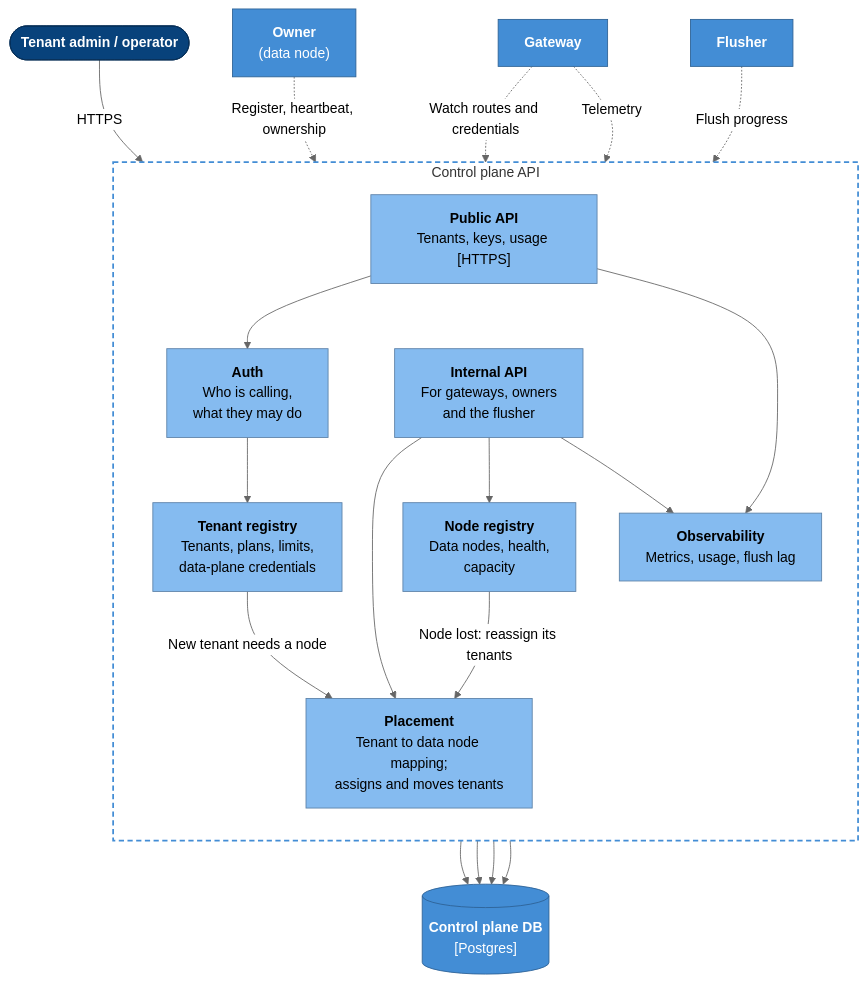
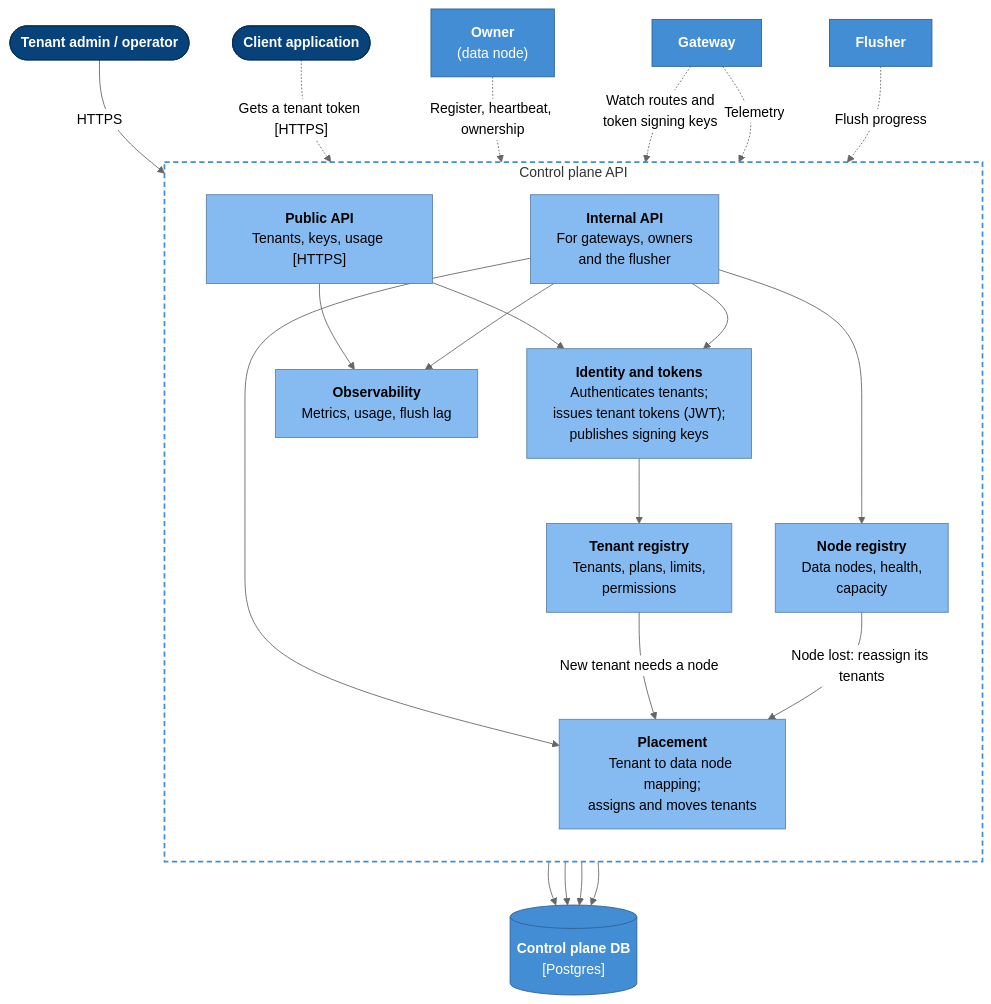
The diagram in docs/diagrams/06-components-control-plane.md (nickstrad/strata), drawn with Mermaid (neutral theme) before and after one commit. The commit also changed other lines of this file and 5 other files, not shown here.

First line of the commit message:
Diagrams: gateway checks a tenant token; control plane owns auth

````diff
--- a/docs/diagrams/06-components-control-plane.md
+++ b/docs/diagrams/06-components-control-plane.md
@@ -5,49 +5,52 @@
 ```mermaid
 flowchart TB
     admin(["<b>Tenant admin / operator</b>"])
+    client(["<b>Client application</b>"])
     gw["<b>Gateway</b>"]
     owner["<b>Owner</b><br/>(data node)"]
     flusher["<b>Flusher</b>"]
 
     subgraph cp["Control plane API"]
         direction TB
         pub["<b>Public API</b><br/>Tenants, keys, usage [HTTPS]"]
         internal["<b>Internal API</b><br/>For gateways, owners<br/>and the flusher"]
-        authn["<b>Auth</b><br/>Who is calling,<br/>what they may do"]
-        tenants["<b>Tenant registry</b><br/>Tenants, plans, limits,<br/>data-plane credentials"]
+        authn["<b>Identity and tokens</b><br/>Authenticates tenants;<br/>issues tenant tokens (JWT);<br/>publishes signing keys"]
+        tenants["<b>Tenant registry</b><br/>Tenants, plans, limits,<br/>permissions"]
         nodes["<b>Node registry</b><br/>Data nodes, health,<br/>capacity"]
         place["<b>Placement</b><br/>Tenant to data node mapping;<br/>assigns and moves tenants"]
         obs["<b>Observability</b><br/>Metrics, usage, flush lag"]
     end
 
     pg[("<b>Control plane DB</b><br/>[Postgres]")]
 
     admin -- "HTTPS" --> pub
+    client -. "Gets a tenant token [HTTPS]" .-> pub
     pub --> authn
     authn --> tenants
     pub --> obs
 
-    gw -. "Watch routes and credentials" .-> internal
+    gw -. "Watch routes and<br/>token signing keys" .-> internal
+    internal --> authn
     owner -. "Register, heartbeat, ownership" .-> internal
     flusher -. "Flush progress" .-> internal
     gw -. "Telemetry" .-> internal
 
     internal --> place
     internal --> nodes
     internal --> obs
     tenants -- "New tenant needs a node" --> place
     nodes -- "Node lost: reassign its tenants" --> place
 
     tenants --> pg
     nodes --> pg
     place --> pg
     obs --> pg
 
     classDef person fill:#08427b,stroke:#052e56,color:#ffffff
     classDef component fill:#85bbf0,stroke:#5d82a8,color:#000000
     classDef container fill:#438dd5,stroke:#2e6295,color:#ffffff
-    class admin person
+    class admin,client person
     class pub,internal,authn,tenants,nodes,place,obs component
     class gw,owner,flusher,pg container
     style cp fill:none,stroke:#438dd5,stroke-width:2px,stroke-dasharray:6 4
 ```
````
